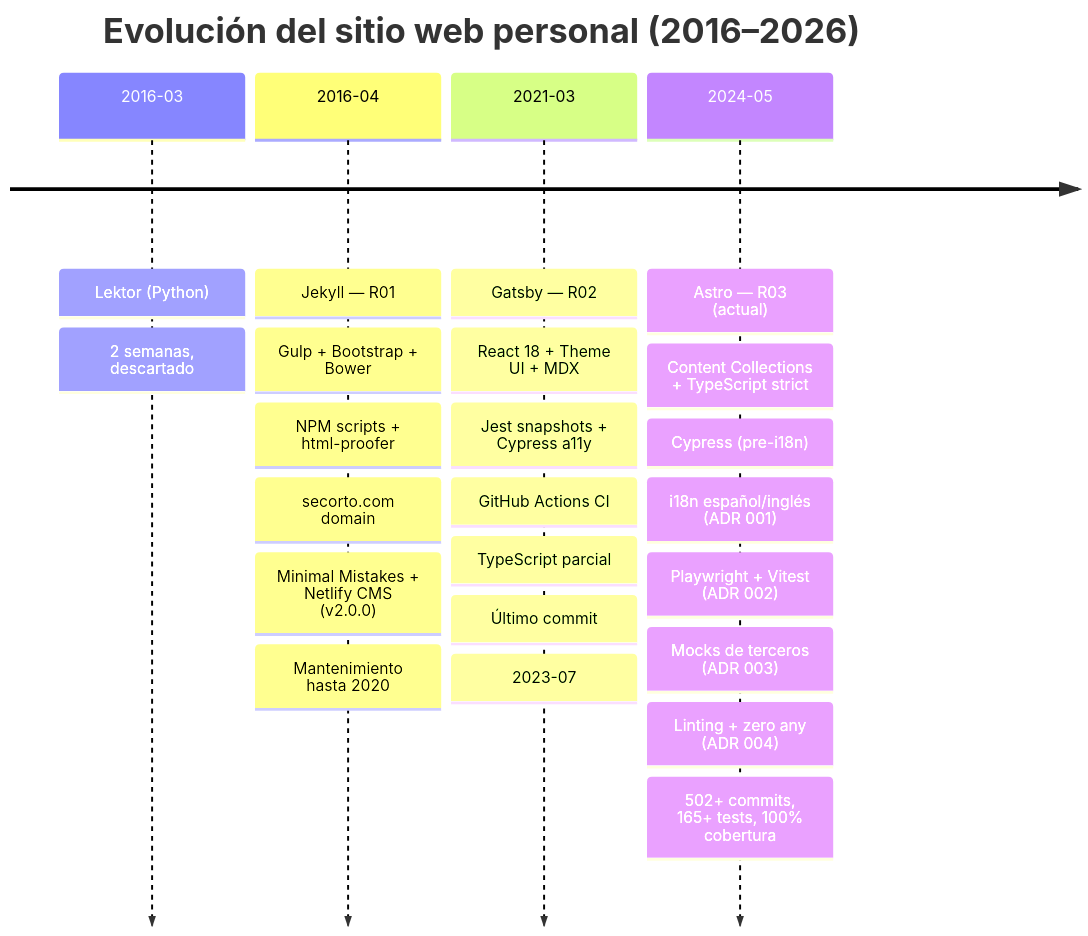
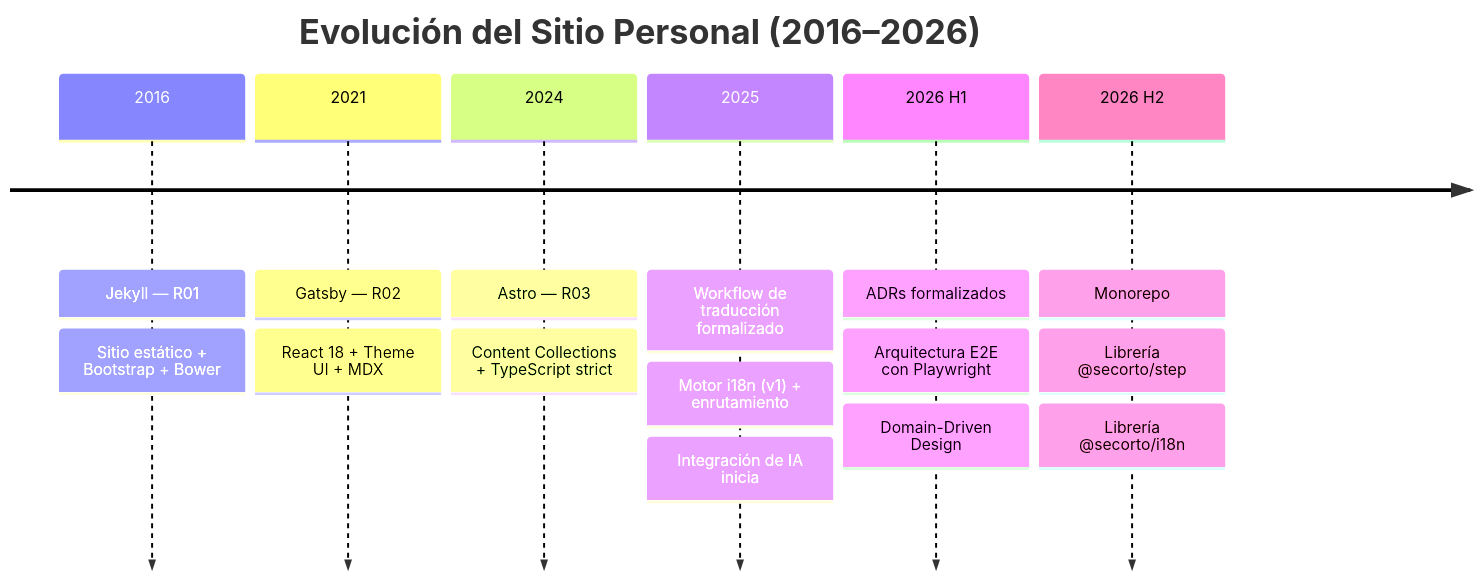
One commit to secorto/secorto_web changed the diagram in apps/web/src/content/blog/es/2026-09-21-decimo-aniversario-jamstack.md. Above: the diagram before and after it, drawn with Mermaid. The commit also changed other lines of this file and 1 other file, not shown here.

````diff
--- a/apps/web/src/content/blog/es/2026-09-21-decimo-aniversario-jamstack.md
+++ b/apps/web/src/content/blog/es/2026-09-21-decimo-aniversario-jamstack.md
@@ -101,30 +118,25 @@
 ```mermaid
 timeline
-    title Evolución del sitio web personal (2016–2026)
+    title Evolución del Sitio Personal (2016–2026)
 
-    2016-03 : Lektor (Python)
-             : 2 semanas, descartado
+    2016 : Jekyll — R01
+           : Sitio estático + Bootstrap + Bower
 
-    2016-04 : Jekyll — R01
-             : Gulp + Bootstrap + Bower
-             : NPM scripts + html-proofer
-             : secorto.com domain
-             : Minimal Mistakes + Netlify CMS (v2.0.0)
-             : Mantenimiento hasta 2020
+    2021 : Gatsby — R02
+           : React 18 + Theme UI + MDX
 
-    2021-03 : Gatsby — R02
-             : React 18 + Theme UI + MDX
-             : Jest snapshots + Cypress a11y
-             : GitHub Actions CI
-             : TypeScript parcial
-             : Último commit: 2023-07
+    2024 : Astro — R03
+           : Content Collections + TypeScript strict
 
-    2024-05 : Astro — R03 (actual)
-             : Content Collections + TypeScript strict
-             : Cypress (pre-i18n)
-             : i18n español/inglés (ADR 001)
-             : Playwright + Vitest (ADR 002)
-             : Mocks de terceros (ADR 003)
-             : Linting + zero any (ADR 004)
-             : 502+ commits, 165+ tests, 100% cobertura
+    2025 : Workflow de traducción formalizado
+           : Motor i18n (v1) + enrutamiento
+           : Integración de IA inicia
+
+    2026 H1 : ADRs formalizados
+             : Arquitectura E2E con Playwright
+             : Domain-Driven Design
+
+    2026 H2 : Monorepo
+             : Librería @secorto/step
+             : Librería @secorto/i18n
 ```
````
